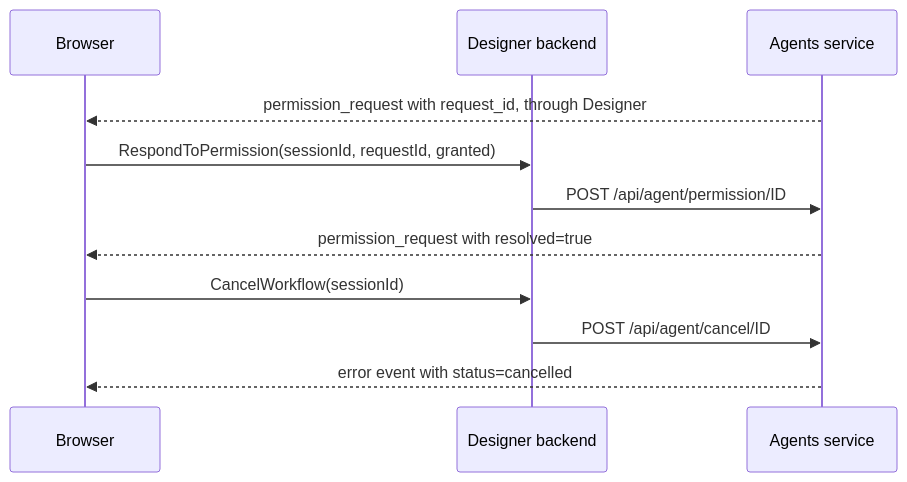
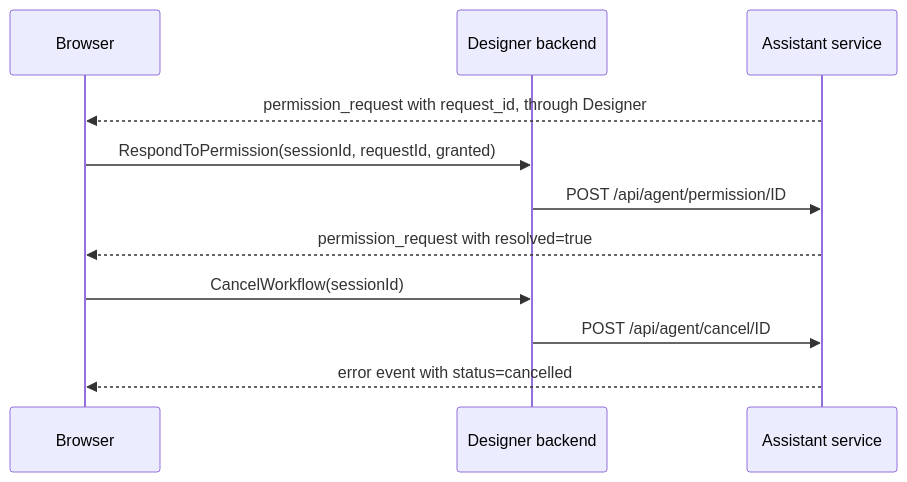
The sixth of 10 diagrams in src/AI/assistant/docs/2-system-context.md (Altinn/altinn-studio), drawn with Mermaid before and after one commit. The commit also changed other lines of this file and 11 other files, not shown here.

First line of the commit message:
docs(assistant): call the service the "assistant service"

````diff
--- a/src/AI/assistant/docs/2-system-context.md
+++ b/src/AI/assistant/docs/2-system-context.md
@@ -101,13 +101,13 @@
 ```mermaid
 sequenceDiagram
   participant B as Browser
   participant D as Designer backend
-  participant A as Agents service
+  participant A as Assistant service
   A-->>B: permission_request with request_id, through Designer
   B->>D: RespondToPermission(sessionId, requestId, granted)
   D->>A: POST /api/agent/permission/ID
   A-->>B: permission_request with resolved=true
   B->>D: CancelWorkflow(sessionId)
   D->>A: POST /api/agent/cancel/ID
   A-->>B: error event with status=cancelled
 ```
````
